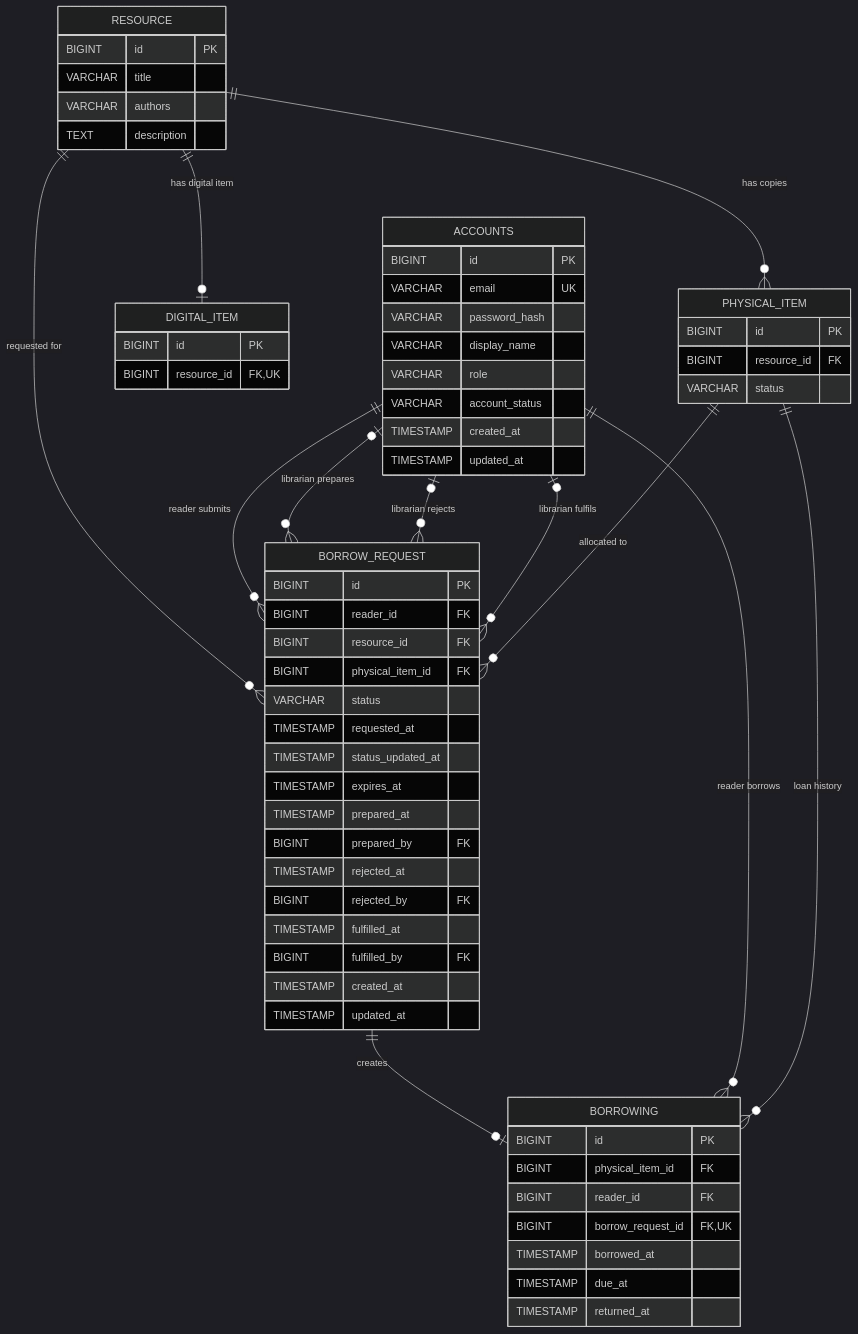
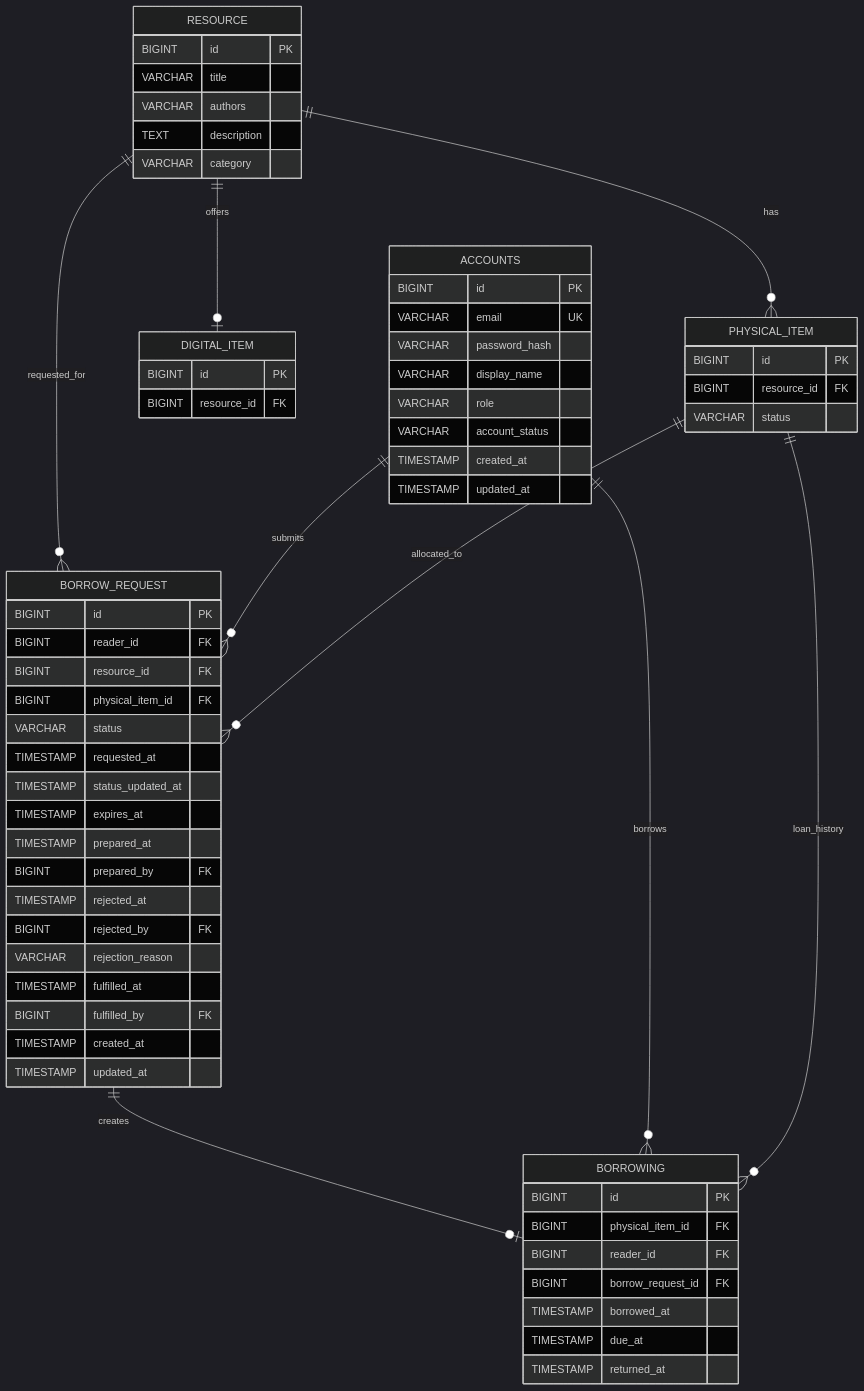
The diagram in docs/database/erd.mmd (hoanglcnn-oss/Librio-Group7), drawn with Mermaid (dark theme) before and after one commit. The commit also changed 13 other files, not shown here.

```diff
--- a/docs/database/erd.mmd
+++ b/docs/database/erd.mmd
@@ -1,73 +1,64 @@
 erDiagram
-    RESOURCE ||--o{ PHYSICAL_ITEM : "has copies"
-    RESOURCE ||--o| DIGITAL_ITEM : "has digital item"
-    RESOURCE ||--o{ BORROW_REQUEST : "requested for"
-
-    ACCOUNTS ||--o{ BORROW_REQUEST : "reader submits"
-    ACCOUNTS o|--o{ BORROW_REQUEST : "librarian prepares"
-    ACCOUNTS o|--o{ BORROW_REQUEST : "librarian rejects"
-    ACCOUNTS o|--o{ BORROW_REQUEST : "librarian fulfils"
-
-    PHYSICAL_ITEM ||--o{ BORROW_REQUEST : "allocated to"
-
-    BORROW_REQUEST ||--o| BORROWING : "creates"
-    ACCOUNTS ||--o{ BORROWING : "reader borrows"
-    PHYSICAL_ITEM ||--o{ BORROWING : "loan history"
+    RESOURCE ||--o{ PHYSICAL_ITEM : has
+    RESOURCE ||--o| DIGITAL_ITEM : offers
+    RESOURCE ||--o{ BORROW_REQUEST : requested_for
+    ACCOUNTS ||--o{ BORROW_REQUEST : submits
+    PHYSICAL_ITEM ||--o{ BORROW_REQUEST : allocated_to
+    BORROW_REQUEST ||--o| BORROWING : creates
+    ACCOUNTS ||--o{ BORROWING : borrows
+    PHYSICAL_ITEM ||--o{ BORROWING : loan_history
 
     RESOURCE {
         BIGINT id PK
         VARCHAR title
         VARCHAR authors
         TEXT description
+        VARCHAR category
     }
-
     PHYSICAL_ITEM {
         BIGINT id PK
         BIGINT resource_id FK
         VARCHAR status
     }
-
     DIGITAL_ITEM {
         BIGINT id PK
-        BIGINT resource_id FK, UK
+        BIGINT resource_id FK
     }
-
     ACCOUNTS {
         BIGINT id PK
         VARCHAR email UK
         VARCHAR password_hash
         VARCHAR display_name
         VARCHAR role
         VARCHAR account_status
         TIMESTAMP created_at
         TIMESTAMP updated_at
     }
-
     BORROW_REQUEST {
         BIGINT id PK
         BIGINT reader_id FK
         BIGINT resource_id FK
         BIGINT physical_item_id FK
         VARCHAR status
         TIMESTAMP requested_at
         TIMESTAMP status_updated_at
         TIMESTAMP expires_at
         TIMESTAMP prepared_at
         BIGINT prepared_by FK
         TIMESTAMP rejected_at
         BIGINT rejected_by FK
+        VARCHAR rejection_reason
         TIMESTAMP fulfilled_at
         BIGINT fulfilled_by FK
         TIMESTAMP created_at
         TIMESTAMP updated_at
     }
-
     BORROWING {
         BIGINT id PK
         BIGINT physical_item_id FK
         BIGINT reader_id FK
-        BIGINT borrow_request_id FK, UK
+        BIGINT borrow_request_id FK
         TIMESTAMP borrowed_at
         TIMESTAMP due_at
         TIMESTAMP returned_at
     }
```
